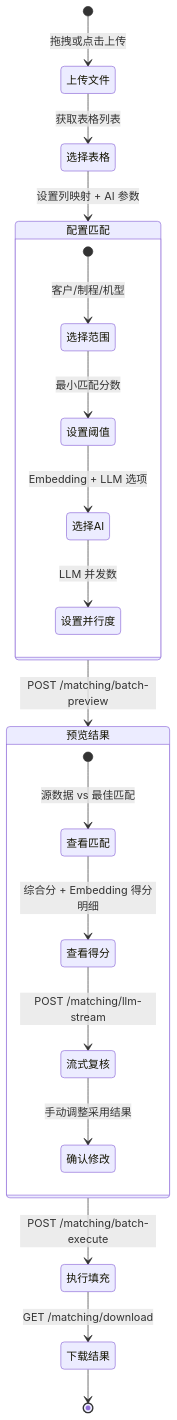
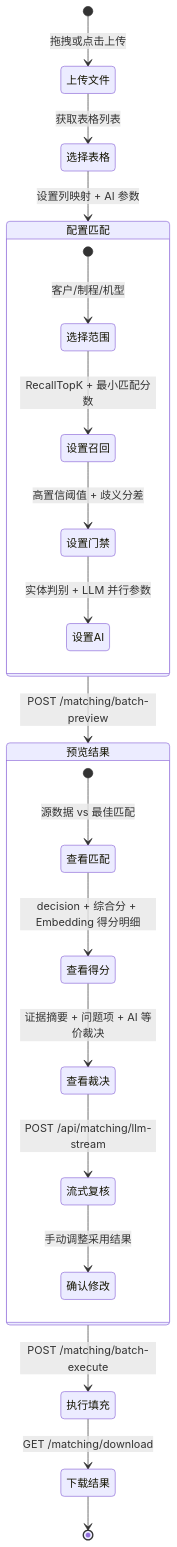
Diagram 20 of 28 in docs/design-overview.md (xiaocaiisxiaocai/AcceptanceSpecRecognition), drawn with Mermaid before and after one commit. The commit also changed other lines of this file and 255 other files, not shown here.

````diff
--- a/docs/design-overview.md
+++ b/docs/design-overview.md
@@ -999,26 +966,27 @@
 ```mermaid
 stateDiagram-v2
     [*] --> 上传文件: 拖拽或点击上传
     上传文件 --> 选择表格: 获取表格列表
     选择表格 --> 配置匹配: 设置列映射 + AI 参数
 
     state 配置匹配 {
         [*] --> 选择范围: 客户/制程/机型
-        选择范围 --> 设置阈值: 最小匹配分数
-        设置阈值 --> 选择AI: Embedding + LLM 选项
-        选择AI --> 设置并行度: LLM 并发数
+        选择范围 --> 设置召回: RecallTopK + 最小匹配分数
+        设置召回 --> 设置门禁: 高置信阈值 + 歧义分差
+        设置门禁 --> 设置AI: 实体判别 + LLM 并行参数
     }
 
     配置匹配 --> 预览结果: POST /matching/batch-preview
 
     state 预览结果 {
         [*] --> 查看匹配: 源数据 vs 最佳匹配
-        查看匹配 --> 查看得分: 综合分 + Embedding 得分明细
-        查看得分 --> 流式复核: POST /matching/llm-stream
+        查看匹配 --> 查看得分: decision + 综合分 + Embedding 得分明细
+        查看得分 --> 查看裁决: 证据摘要 + 问题项 + AI 等价裁决
+        查看裁决 --> 流式复核: POST /api/matching/llm-stream
         流式复核 --> 确认修改: 手动调整采用结果
     }
 
     预览结果 --> 执行填充: POST /matching/batch-execute
     执行填充 --> 下载结果: GET /matching/download
     下载结果 --> [*]
 ```
````
